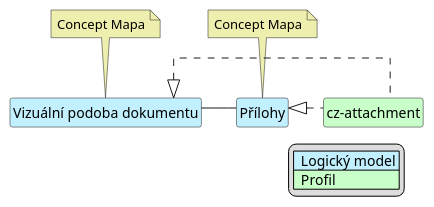
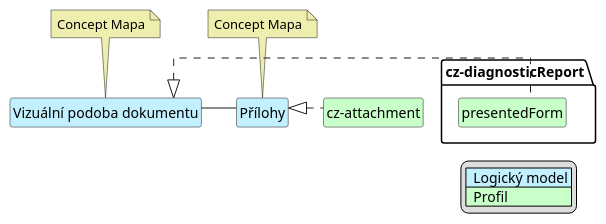
Before and after one commit to HL7-cz/img: the diagram in input/images-source/imgReportAttach-map-cs.plantuml, drawn with PlantUML. The commit also changed 1 other file, not shown here.

Commit message:
fix plantuml: mapping for presentedForm

```diff
--- a/input/images-source/imgReportAttach-map-cs.plantuml
+++ b/input/images-source/imgReportAttach-map-cs.plantuml
@@ -1,36 +1,37 @@
 @startuml
 hide circle
 hide stereotype
 hide members
 hide methods
 skinparam linetype ortho
 skinparam class {
 BackgroundColor<<LogicalModel>> #APPLICATION
 BackgroundColor<<Profile>> #TECHNOLOGY
 }
 legend right
 | <#APPLICATION>  Logický model |
 | <#TECHNOLOGY>  Profil |
 endlegend
 
 class "Vizuální podoba dokumentu" <<LogicalModel>> [[StructureDefinition-PresentedFormCz.html]]
 note top #EEEEAE [[ConceptMap-AttachmentImagingReport2FHIR-cz.html]]
 Concept Mapa
 endnote
 
 class "Přílohy" <<LogicalModel>> [[StructureDefinition-AttachmentsCz.html]]
 note top #EEEEAE [[ConceptMap-AttachmentImagingReport2FHIR-cz.html]]
 Concept Mapa
 endnote
 
+class "cz-diagnosticReport.presentedForm" <<Profile>> [[https://build.fhir.org/ig/HL7-cz/img-order/StructureDefinition-cz-compositionImageOrder.html#an]]
 class "cz-attachment" <<Profile>> [[https://build.fhir.org/ig/HL7-cz/cz-core/StructureDefinition-cz-attachment.html]]
 
 "Vizuální podoba dokumentu" -- "Přílohy"
-"Vizuální podoba dokumentu" <|. "cz-attachment"
+"Vizuální podoba dokumentu" <|. "cz-diagnosticReport.presentedForm"
 "Přílohy" <|. "cz-attachment"
 
 "Vizuální podoba dokumentu" -r[hidden]-> "Přílohy"
-"Vizuální podoba dokumentu" -d[hidden]-> "cz-attachment"
+"Vizuální podoba dokumentu" -d[hidden]-> "cz-diagnosticReport.presentedForm"
 "Přílohy" -d[hidden]-> "cz-attachment"
 
 @enduml
```
